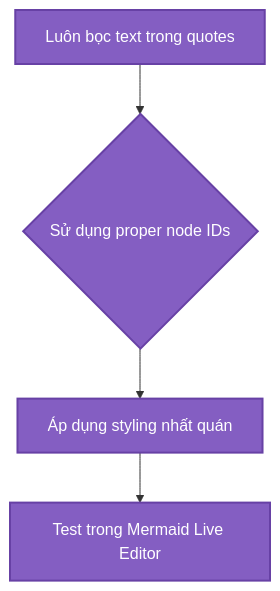
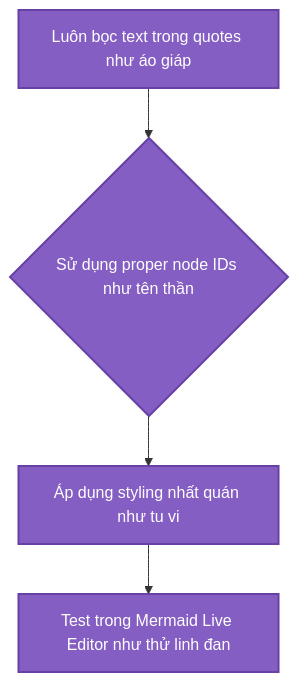
One commit to giang6283623/cursor-tip changed the fourth of 8 diagrams in README-TUTIEN.md. Above: the diagram before and after it, drawn with Mermaid. The commit also changed other lines of this file and 7 other files, not shown here.

````diff
--- a/README-TUTIEN.md
+++ b/README-TUTIEN.md
@@ -322,9 +322,9 @@
 ```mermaid
 graph TD
-    A["Luôn bọc text trong quotes"] --> B{"Sử dụng proper node IDs"}
-    B --> C["Áp dụng styling nhất quán"]
-    C --> D["Test trong Mermaid Live Editor"]
+    A["Luôn bọc text trong quotes như áo giáp"] --> B{"Sử dụng proper node IDs như tên thần"}
+    B --> C["Áp dụng styling nhất quán như tu vi"]
+    C --> D["Test trong Mermaid Live Editor như thử linh đan"]
 
     classDef spell fill:#845ec2,stroke:#6741a5,stroke-width:2px,color:#fff
     class A,B,C,D spell
 ```
````
